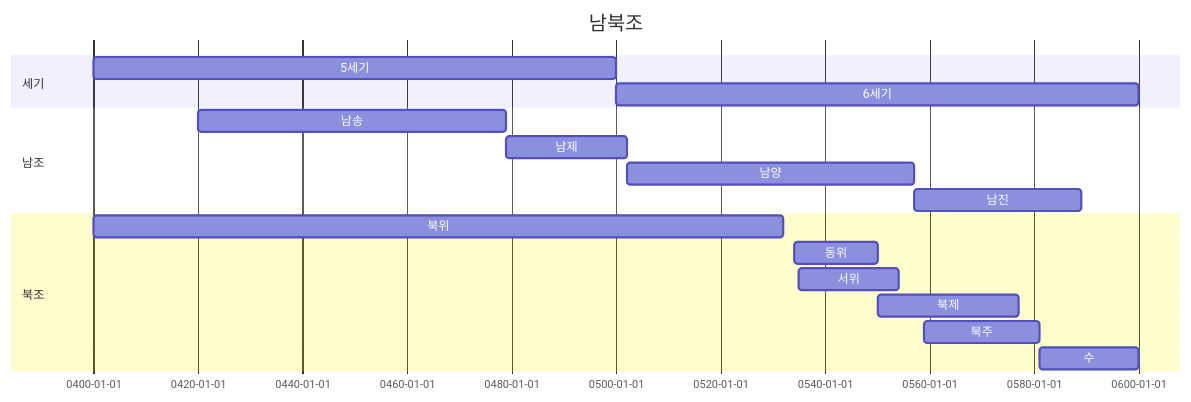
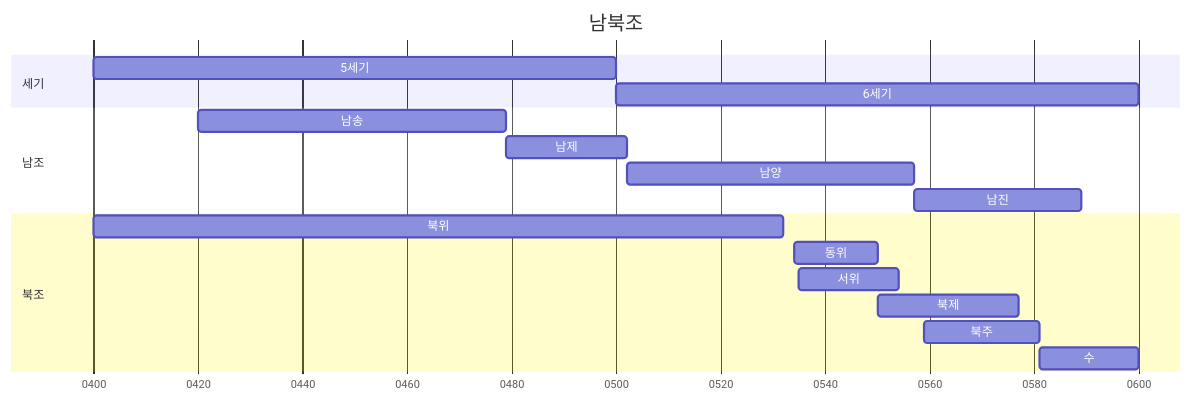
The diagram in 중국사/남북조5세기.md (daewonyoon/historigram), drawn with Mermaid before and after one commit. The commit also changed 12 other files, not shown here.

````diff
--- a/중국사/남북조5세기.md
+++ b/중국사/남북조5세기.md
@@ -1,25 +1,26 @@
 ```mermaid
 gantt
     title 남북조
     dateFormat  YYYY
+    axisFormat %Y
     
 	section 세기
 	5세기 : 0400, 0500
 	6세기 : 0500, 0600
     
     section 남조
     남송 : 0420, 0479
     남제 : 0479, 0502
     남양 : 0502, 0557
     남진 : 0557, 0589
     
     section 북조
     북위 : 0400, 0532
     동위 : 0534, 0550
     서위 : 0535, 0554
     북제 : 0550, 0577
     북주 : 0559, 0581
     수 : 0581, 0600
     
 	
 ```
````
